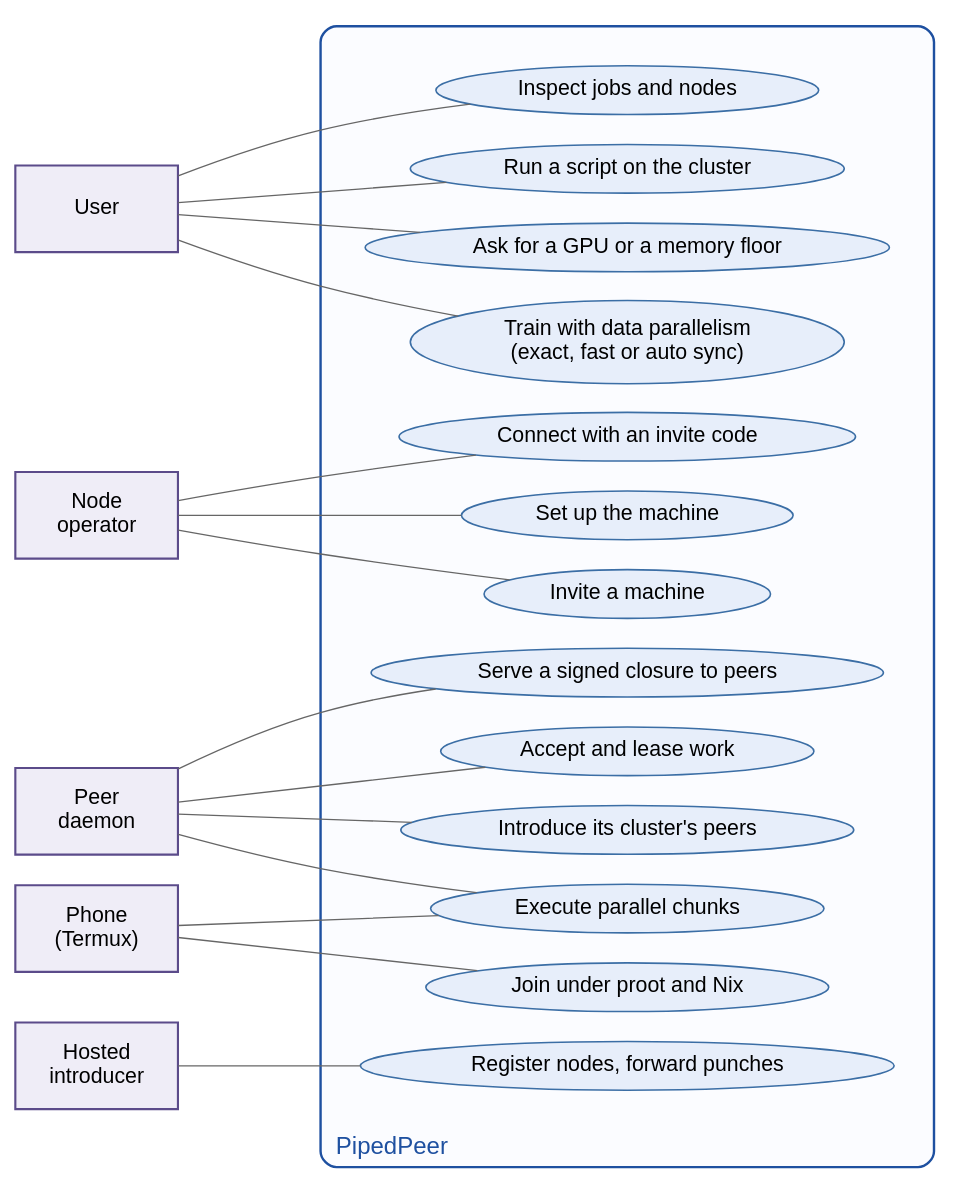
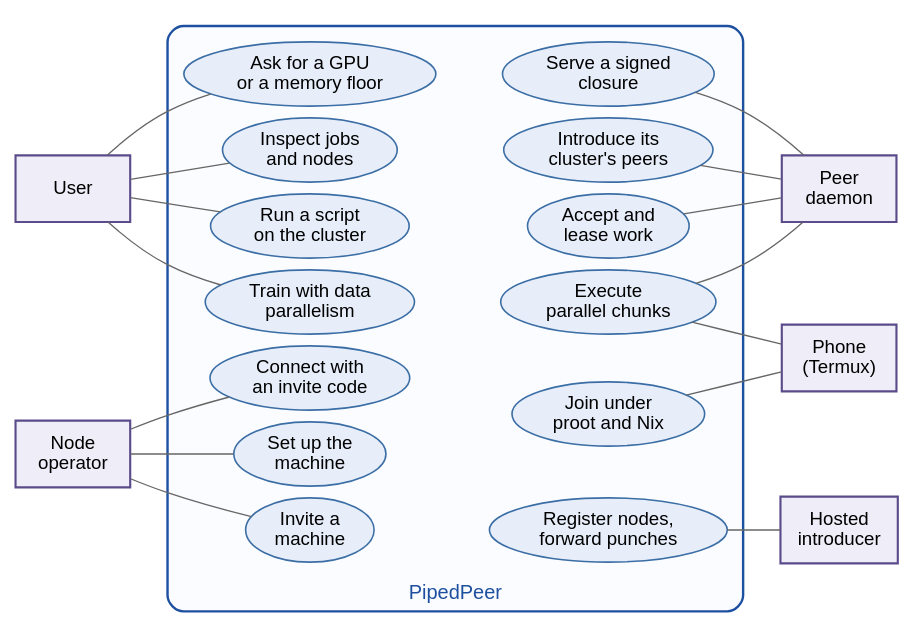
The diagram in docs/diagrams/src/fig_3.4_use_case.dot (vinayakyadav2709/Pipedpeer), drawn with Graphviz before and after one commit. The commit also changed 49 other files, not shown here.

```diff
--- a/docs/diagrams/src/fig_3.4_use_case.dot
+++ b/docs/diagrams/src/fig_3.4_use_case.dot
@@ -1,43 +1,44 @@
-// Figure 3.4 - Use case diagram.
-// The system-boundary label sits at the bottom: at the top an association line
-// from the User ran straight through it.
+// Figure 3.4 - Use cases. People on the left, machines on the right, so the
+// use cases sit in two columns and the text prints at 8 pt or more.
 digraph UseCase {
-  rankdir=LR; bgcolor="white"; nodesep=0.30; ranksep=1.9;
-  node [fontname="Helvetica", fontsize=16];
-  edge [fontname="Helvetica", fontsize=14, color="#666666", arrowhead=none];
+  rankdir=LR; newrank=true; bgcolor="white"; nodesep=0.12; ranksep=0.55;
+  node [fontname="Helvetica", fontsize=14];
+  edge [color="#666666", arrowhead=none];
 
   node [shape=box, style=filled, fillcolor="#efedf7", color="#5b4b8a", penwidth=1.6,
-        width=1.7, height=0.9];
+        width=1.2, height=0.7];
   user  [label="User"];
   admin [label="Node\noperator"];
   peer  [label="Peer\ndaemon"];
   phone [label="Phone\n(Termux)"];
   intro [label="Hosted\nintroducer"];
 
   subgraph cluster_sys {
-    label="PipedPeer"; labelloc=b; labeljust=l; fontsize=18; fontname="Helvetica";
+    label="PipedPeer"; labelloc=b; labeljust=c; fontsize=15; fontname="Helvetica";
     style="rounded"; color="#1e50a0"; penwidth=1.8; bgcolor="#fbfcff"; fontcolor="#1e50a0";
-    margin="30,26";
+    margin="12,10";
     node [shape=ellipse, style=filled, fillcolor="#e7eefa", color="#3b6ea5",
-          penwidth=1.2, width=0, height=0];
-    u1 [label="Run a script on the cluster"];
-    u2 [label="Ask for a GPU or a memory floor"];
-    u3 [label="Train with data parallelism\n(exact, fast or auto sync)"];
-    u4 [label="Inspect jobs and nodes"];
-    u5 [label="Accept and lease work"];
-    u12 [label="Introduce its cluster's peers"];
-    u6 [label="Serve a signed closure to peers"];
-    u7 [label="Execute parallel chunks"];
-    u13 [label="Join under proot and Nix"];
-    u8 [label="Set up the machine"];
-    u9 [label="Invite a machine"];
-    u10 [label="Connect with an invite code"];
-    u11 [label="Register nodes, forward punches"];
+          penwidth=1.2, width=0, height=0, margin="0.06,0.03"];
+    u1 [label="Run a script\non the cluster"];
+    u2 [label="Ask for a GPU\nor a memory floor"];
+    u3 [label="Train with data\nparallelism"];
+    u4 [label="Inspect jobs\nand nodes"];
+    u8 [label="Set up the\nmachine"];
+    u9 [label="Invite a\nmachine"];
+    u10 [label="Connect with\nan invite code"];
+    u5 [label="Accept and\nlease work"];
+    u6 [label="Serve a signed\nclosure"];
+    u7 [label="Execute\nparallel chunks"];
+    u12 [label="Introduce its\ncluster's peers"];
+    u13 [label="Join under\nproot and Nix"];
+    u11 [label="Register nodes,\nforward punches"];
+    u1 -> u5 [style=invis]; u2 -> u6 [style=invis]; u3 -> u7 [style=invis];
+    u4 -> u12 [style=invis]; u8 -> u13 [style=invis]; u9 -> u11 [style=invis];
   }
 
   user -> u1; user -> u2; user -> u3; user -> u4;
   admin -> u8; admin -> u9; admin -> u10;
-  peer -> u5; peer -> u6; peer -> u7; peer -> u12;
-  phone -> u7; phone -> u13;
-  intro -> u11;
+  u5 -> peer; u6 -> peer; u7 -> peer; u12 -> peer;
+  u7 -> phone; u13 -> phone;
+  u11 -> intro;
 }
```
